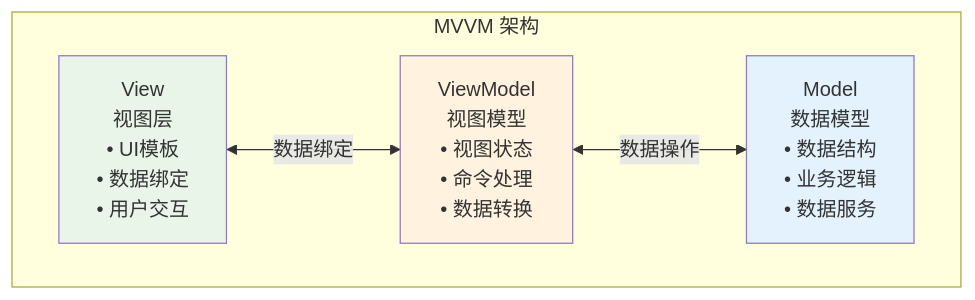
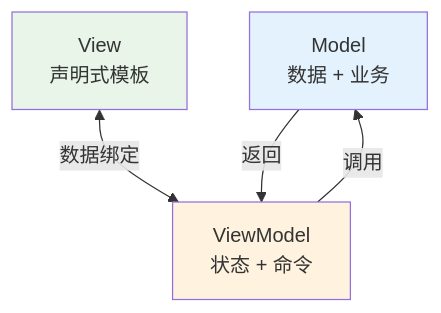
Before and after one commit to chongyang211/YCBookBlog: diagram 11 of 17 in 00.通用技术的提升/07.方案设计思想/卷一-架构与组件/01.通用架构设计方案.md, drawn with Mermaid. The commit also changed other lines of this file and 5 other files, not shown here.

````diff
--- a/00.通用技术的提升/07.方案设计思想/卷一-架构与组件/01.通用架构设计方案.md
+++ b/00.通用技术的提升/07.方案设计思想/卷一-架构与组件/01.通用架构设计方案.md
@@ -637,15 +387,14 @@
 ```mermaid
 graph TB
-    subgraph "MVVM 架构"
-        M[Model<br/>数据模型<br/>• 数据结构<br/>• 业务逻辑<br/>• 数据服务]
-        V[View<br/>视图层<br/>• UI模板<br/>• 数据绑定<br/>• 用户交互]
-        VM[ViewModel<br/>视图模型<br/>• 视图状态<br/>• 命令处理<br/>• 数据转换]
-    end
+    M[Model<br/>数据 + 业务]
+    V[View<br/>声明式模板]
+    VM[ViewModel<br/>状态 + 命令]
     
     V <-->|数据绑定| VM
-    VM <-->|数据操作| M
+    VM -->|调用| M
+    M -->|返回| VM
     
     style M fill:#e3f2fd
     style V fill:#e8f5e8
     style VM fill:#fff3e0
 ```
````
